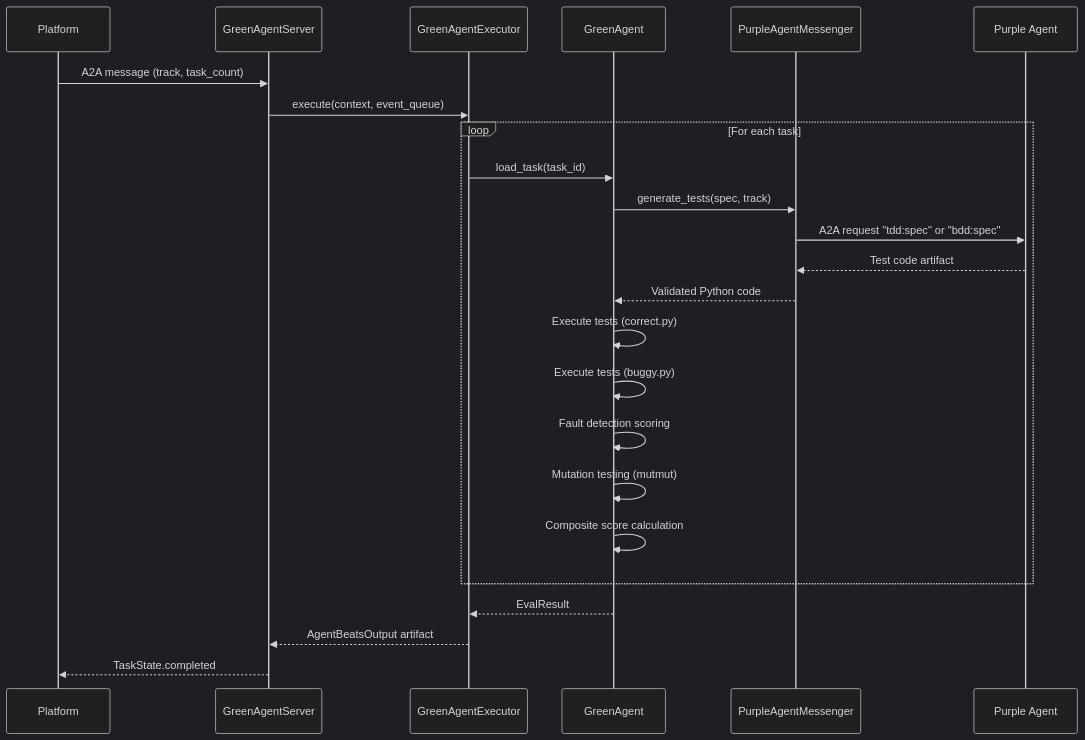
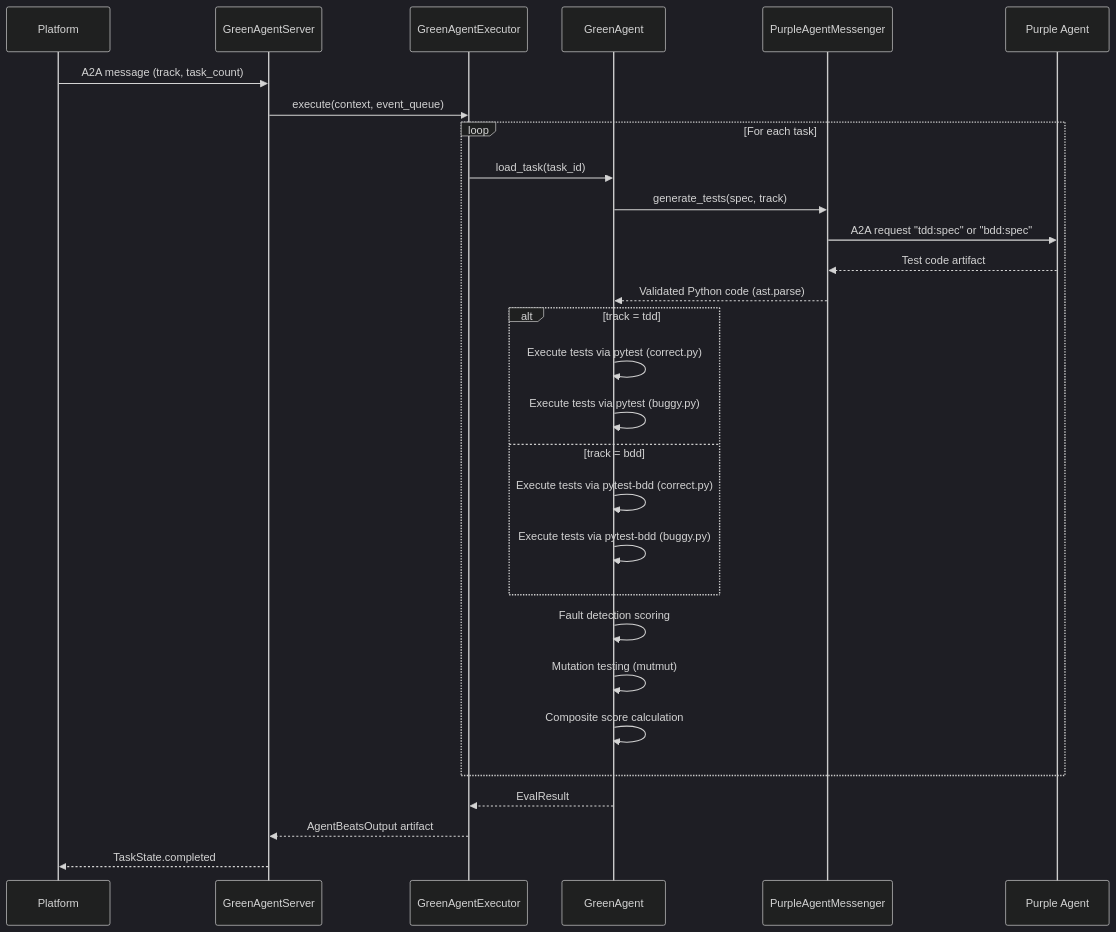
One commit to qte77/RDI-AgentBeats-TestBehaveAlign changed the third of 3 diagrams in docs/architecture.md. Above: the diagram before and after it, drawn with Mermaid (dark theme). The commit also changed other lines of this file and 4 other files, not shown here.

First line of the commit message:
docs: align architecture and diagrams with Sprint 2 implementation

````diff
--- a/docs/architecture.md
+++ b/docs/architecture.md
@@ -99,27 +103,32 @@
 ```mermaid
 sequenceDiagram
     participant P as Platform
     participant S as GreenAgentServer
     participant E as GreenAgentExecutor
     participant A as GreenAgent
     participant M as PurpleAgentMessenger
     participant PA as Purple Agent
 
     P->>S: A2A message (track, task_count)
     S->>E: execute(context, event_queue)
     loop For each task
         E->>A: load_task(task_id)
         A->>M: generate_tests(spec, track)
         M->>PA: A2A request "tdd:spec" or "bdd:spec"
         PA-->>M: Test code artifact
-        M-->>A: Validated Python code
-        A->>A: Execute tests (correct.py)
-        A->>A: Execute tests (buggy.py)
+        M-->>A: Validated Python code (ast.parse)
+        alt track = tdd
+            A->>A: Execute tests via pytest (correct.py)
+            A->>A: Execute tests via pytest (buggy.py)
+        else track = bdd
+            A->>A: Execute tests via pytest-bdd (correct.py)
+            A->>A: Execute tests via pytest-bdd (buggy.py)
+        end
         A->>A: Fault detection scoring
         A->>A: Mutation testing (mutmut)
         A->>A: Composite score calculation
     end
     A-->>E: EvalResult
     E-->>S: AgentBeatsOutput artifact
     S-->>P: TaskState.completed
 ```
````
